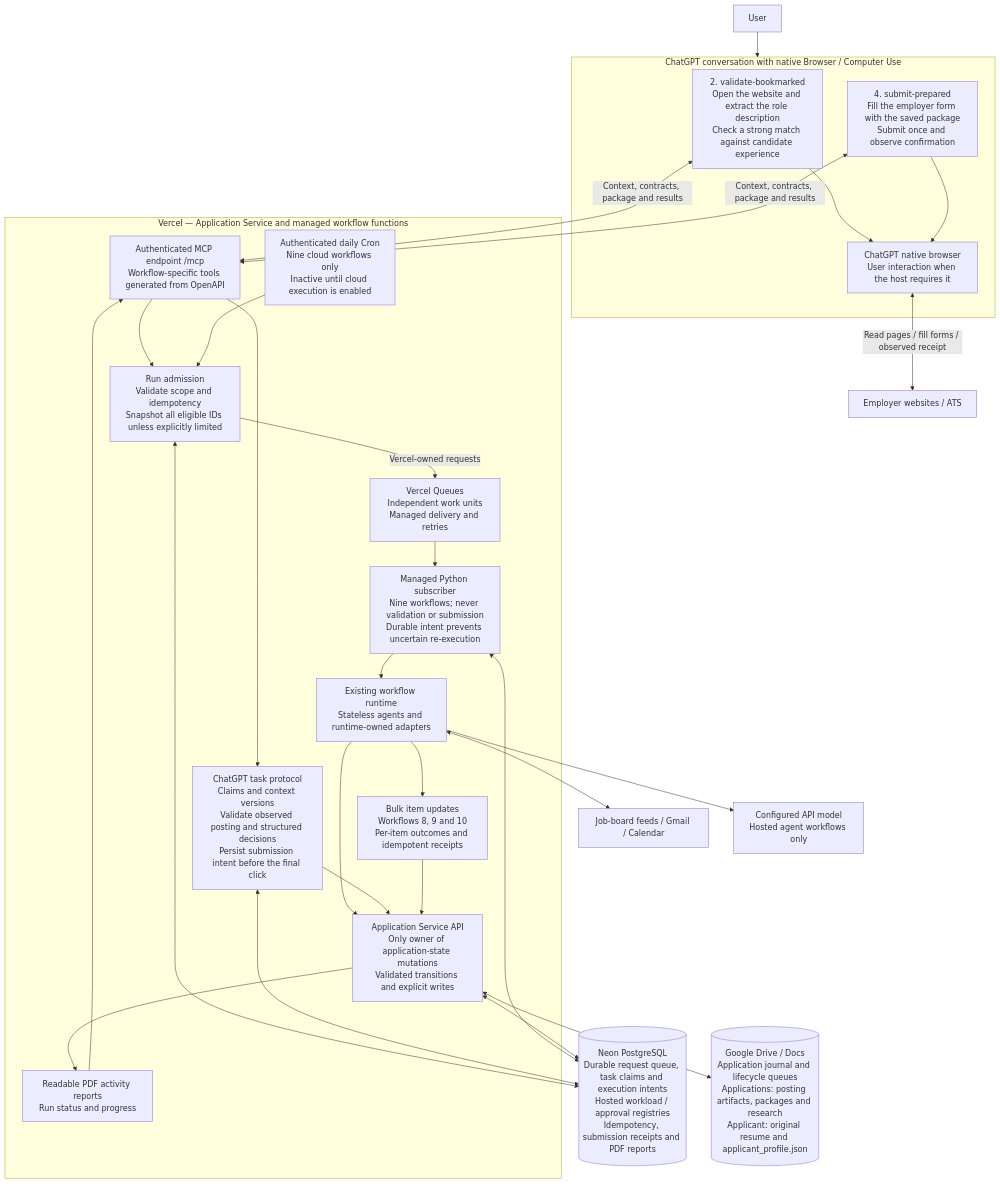
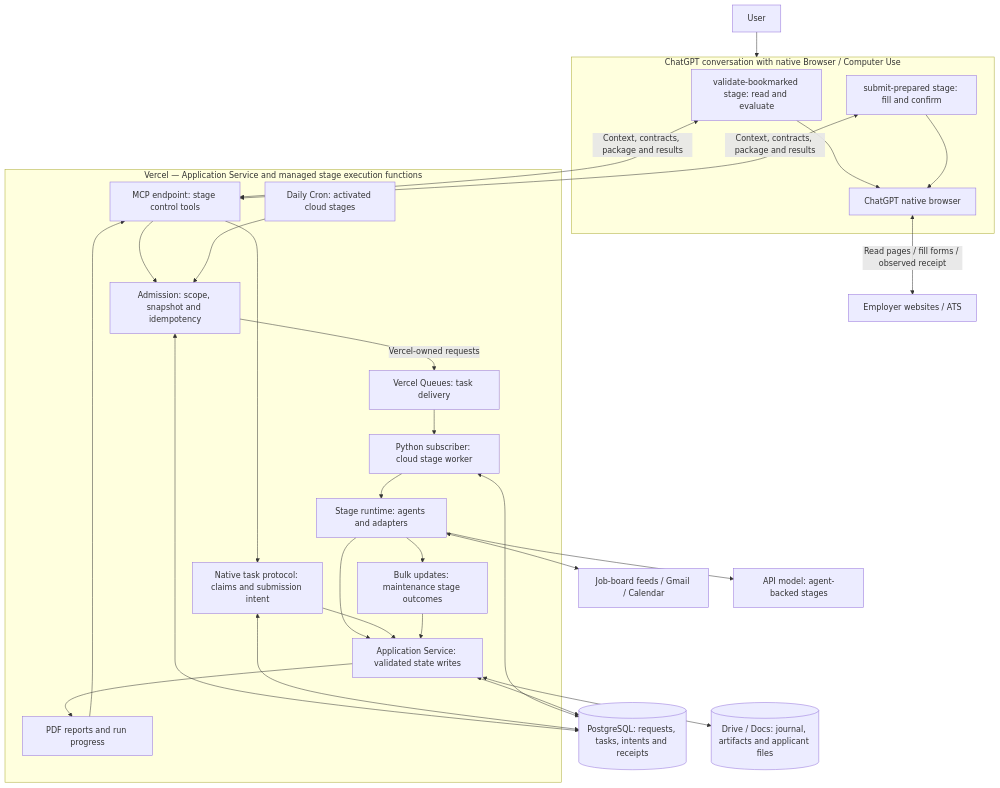
Before and after one commit to assafep/ai-job-search-system: the second of 4 diagrams in docs/architecture.md, drawn with Mermaid. The commit also changed other lines of this file and 4 other files, not shown here.

First line of the commit message:
Document stage definitions and worker execution in architecture diagrams

````diff
--- a/docs/architecture.md
+++ b/docs/architecture.md
@@ -18,44 +61,44 @@
 ```mermaid
 flowchart TB
     USER[User] --> CHAT
     subgraph CHAT["ChatGPT conversation with native Browser / Computer Use"]
-        VALIDATE["2. validate-bookmarked<br/>Open the website and extract the role description<br/>Check a strong match against candidate experience"]
-        SUBMIT["4. submit-prepared<br/>Fill the employer form with the saved package<br/>Submit once and observe confirmation"]
-        BROWSER["ChatGPT native browser<br/>User interaction when the host requires it"]
+        VALIDATE["validate-bookmarked stage: read and evaluate"]
+        SUBMIT["submit-prepared stage: fill and confirm"]
+        BROWSER["ChatGPT native browser"]
         VALIDATE --> BROWSER
         SUBMIT --> BROWSER
     end
     BROWSER <-->|Read pages / fill forms / observed receipt| SITES[Employer websites / ATS]
     VALIDATE & SUBMIT <-->|Context, contracts, package and results| MCP
 
-    subgraph VERCEL["Vercel — Application Service and managed workflow functions"]
-        MCP["Authenticated MCP endpoint /mcp<br/>Workflow-specific tools generated from OpenAPI"]
-        ADMIT["Run admission<br/>Validate scope and idempotency<br/>Snapshot all eligible IDs unless explicitly limited"]
-        TASKS["ChatGPT task protocol<br/>Claims and context versions<br/>Validate observed posting and structured decisions<br/>Persist submission intent before the final click"]
-        CRON["Authenticated daily Cron<br/>Nine cloud workflows only<br/>Inactive until cloud execution is enabled"]
-        QUEUE["Vercel Queues<br/>Independent work units<br/>Managed delivery and retries"]
-        CLOUD["Managed Python subscriber<br/>Nine workflows; never validation or submission<br/>Durable intent prevents uncertain re-execution"]
-        RUNTIME["Existing workflow runtime<br/>Stateless agents and runtime-owned adapters"]
-        API["Application Service API<br/>Only owner of application-state mutations<br/>Validated transitions and explicit writes"]
-        BULK["Bulk item updates<br/>Workflows 8, 9 and 10<br/>Per-item outcomes and idempotent receipts"]
-        REPORT["Readable PDF activity reports<br/>Run status and progress"]
+    subgraph VERCEL["Vercel — Application Service and managed stage execution functions"]
+        MCP["MCP endpoint: stage control tools"]
+        ADMIT["Admission: scope, snapshot and idempotency"]
+        TASKS["Native task protocol: claims and submission intent"]
+        CRON["Daily Cron: activated cloud stages"]
+        QUEUE["Vercel Queues: task delivery"]
+        CLOUD["Python subscriber: cloud stage worker"]
+        RUNTIME["Stage runtime: agents and adapters"]
+        API["Application Service: validated state writes"]
+        BULK["Bulk updates: maintenance stage outcomes"]
+        REPORT["PDF reports and run progress"]
         MCP --> ADMIT
         MCP --> TASKS
         ADMIT -->|Vercel-owned requests| QUEUE
         CRON --> ADMIT
         QUEUE --> CLOUD --> RUNTIME --> API
         TASKS --> API
         RUNTIME --> BULK --> API
         API --> REPORT --> MCP
     end
 
-    DB[("Neon PostgreSQL<br/>Durable request queue, task claims and execution intents<br/>Hosted workload / approval registries<br/>Idempotency, submission receipts and PDF reports")]
-    DRIVE[("Google Drive / Docs<br/>Application journal and lifecycle queues<br/>Applications: posting artifacts, packages and research<br/>Applicant: original resume and applicant_profile.json")]
+    DB[("PostgreSQL: requests, tasks, intents and receipts")]
+    DRIVE[("Drive / Docs: journal, artifacts and applicant files")]
     EXTERNAL["Job-board feeds / Gmail / Calendar"]
-    MODELS["Configured API model<br/>Hosted agent workflows only"]
+    MODELS["API model: agent-backed stages"]
     ADMIT & TASKS & CLOUD <--> DB
     API <--> DB
     API <--> DRIVE
     RUNTIME <--> EXTERNAL
     RUNTIME --> MODELS
 ```
````
